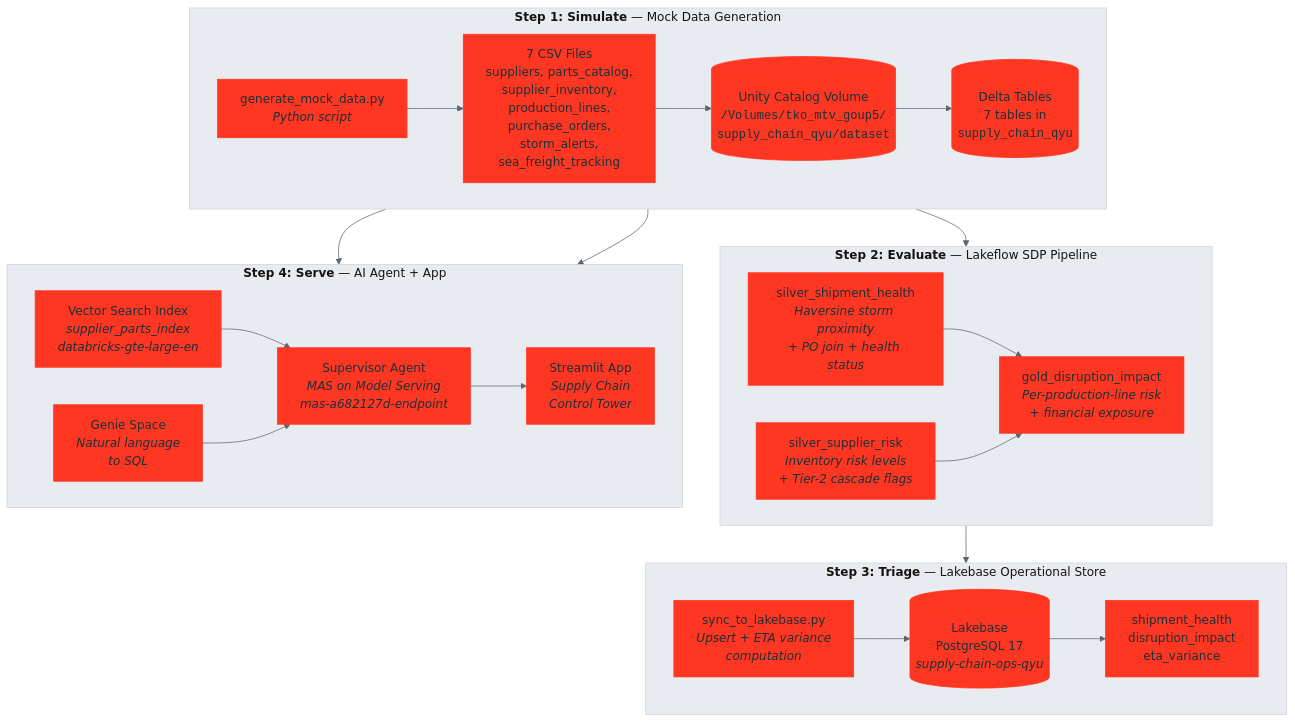
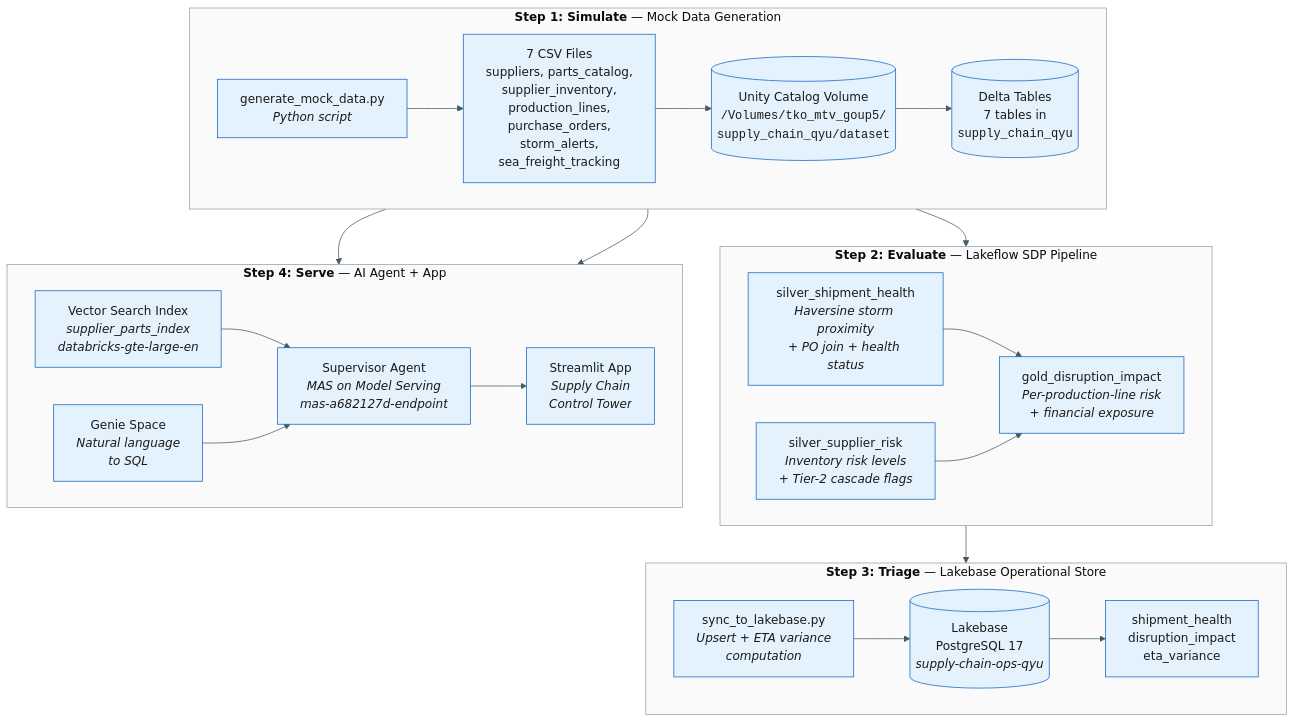
Before and after one commit to qian-yu-db/supply-chain-ai-agent: the diagram in docs/architecture.mmd, drawn with Mermaid. The commit also changed 1 other file, not shown here.

Commit message:
Improve architecture diagram readability
Switch from red node backgrounds to light blue (#E3F2FD) with dark text
and blue borders for better contrast and readability.

```diff
--- a/docs/architecture.mmd
+++ b/docs/architecture.mmd
@@ -1,44 +1,44 @@
-%%{init: {'theme': 'base', 'themeVariables': {'primaryColor': '#FF3621', 'primaryTextColor': '#1B3139', 'primaryBorderColor': '#FF3621', 'lineColor': '#5C6670', 'secondaryColor': '#00A972', 'tertiaryColor': '#E8ECF0', 'fontFamily': 'Inter, sans-serif'}}}%%
+%%{init: {'theme': 'base', 'themeVariables': {'primaryColor': '#E3F2FD', 'primaryTextColor': '#1a1a1a', 'primaryBorderColor': '#1565C0', 'lineColor': '#455A64', 'secondaryColor': '#F3E5F5', 'tertiaryColor': '#F5F5F5', 'fontFamily': 'Inter, Helvetica, sans-serif', 'clusterBkg': '#FAFAFA', 'clusterBorder': '#90A4AE'}}}%%
 
 flowchart TB
     subgraph STEP1["<b>Step 1: Simulate</b> — Mock Data Generation"]
         direction LR
         GEN["generate_mock_data.py<br/><i>Python script</i>"]
         CSV["7 CSV Files<br/>suppliers, parts_catalog,<br/>supplier_inventory,<br/>production_lines,<br/>purchase_orders,<br/>storm_alerts,<br/>sea_freight_tracking"]
         VOL[("Unity Catalog Volume<br/><code>/Volumes/tko_mtv_goup5/<br/>supply_chain_qyu/dataset</code>")]
         DELTA[("Delta Tables<br/>7 tables in<br/><code>supply_chain_qyu</code>")]
         GEN --> CSV --> VOL --> DELTA
     end
 
     subgraph STEP2["<b>Step 2: Evaluate</b> — Lakeflow SDP Pipeline"]
         direction LR
         SILVER1["silver_shipment_health<br/><i>Haversine storm proximity<br/>+ PO join + health status</i>"]
         SILVER2["silver_supplier_risk<br/><i>Inventory risk levels<br/>+ Tier-2 cascade flags</i>"]
         GOLD["gold_disruption_impact<br/><i>Per-production-line risk<br/>+ financial exposure</i>"]
         SILVER1 --> GOLD
         SILVER2 --> GOLD
     end
 
     subgraph STEP3["<b>Step 3: Triage</b> — Lakebase Operational Store"]
         direction LR
         SYNC["sync_to_lakebase.py<br/><i>Upsert + ETA variance<br/>computation</i>"]
         PG[("Lakebase<br/>PostgreSQL 17<br/><i>supply-chain-ops-qyu</i>")]
         PG_TABLES["shipment_health<br/>disruption_impact<br/>eta_variance"]
         SYNC --> PG --> PG_TABLES
     end
 
     subgraph STEP4["<b>Step 4: Serve</b> — AI Agent + App"]
         direction LR
         VS["Vector Search Index<br/><i>supplier_parts_index<br/>databricks-gte-large-en</i>"]
         GENIE["Genie Space<br/><i>Natural language<br/>to SQL</i>"]
         MAS["Supervisor Agent<br/><i>MAS on Model Serving<br/>mas-a682127d-endpoint</i>"]
         APP["Streamlit App<br/><i>Supply Chain<br/>Control Tower</i>"]
         VS --> MAS
         GENIE --> MAS
         MAS --> APP
     end
 
     DELTA --> STEP2
     STEP2 --> SYNC
     DELTA --> VS
     DELTA --> GENIE
```
